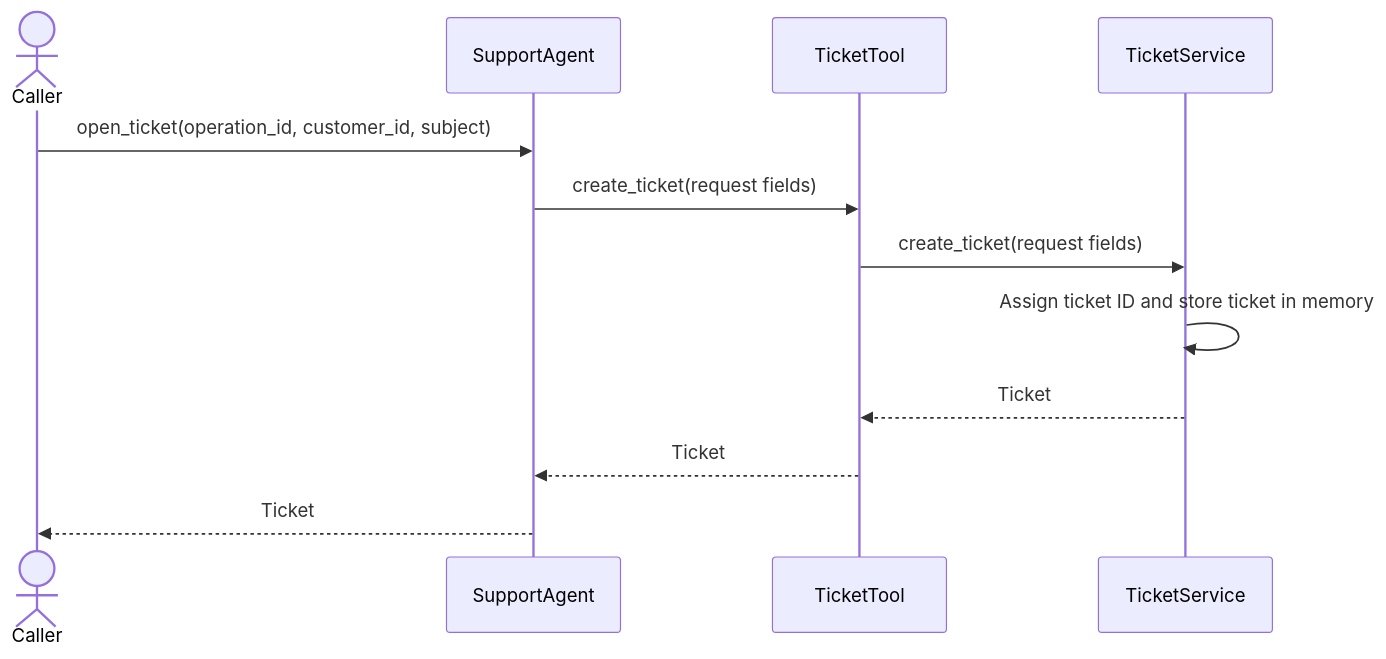
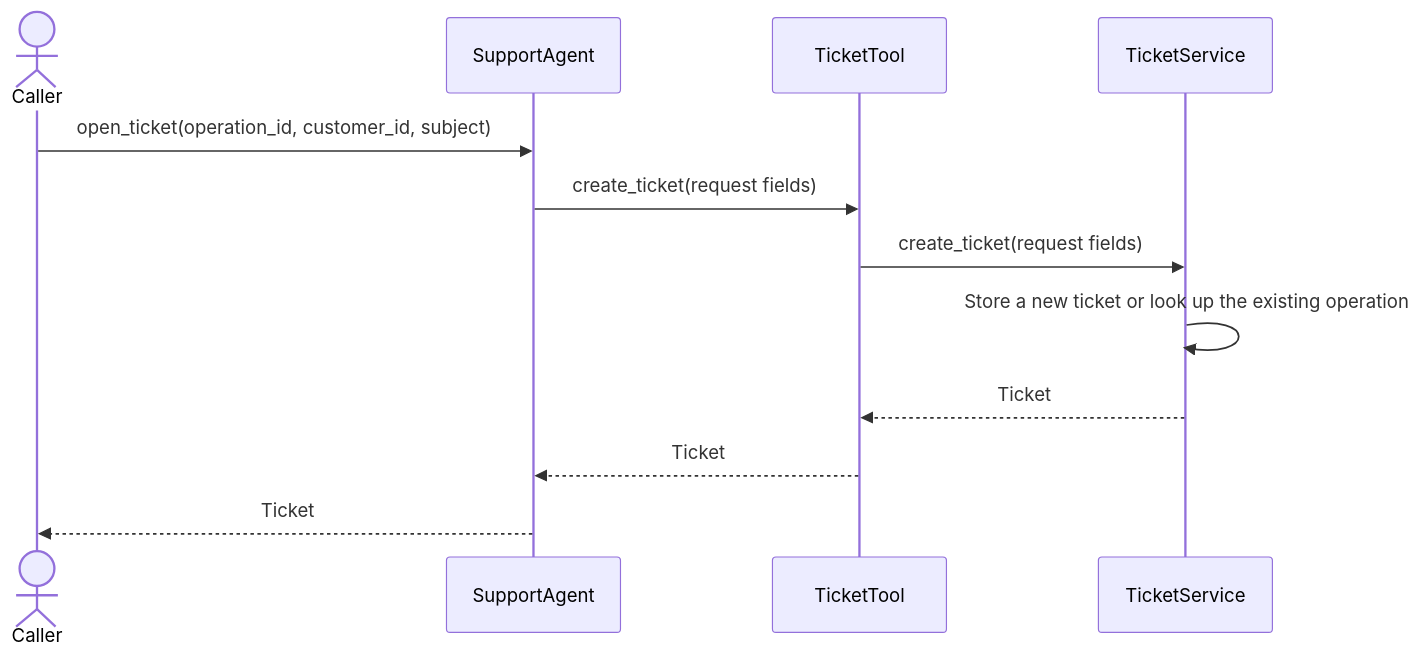
The diagram in README.md (sandijean90/agent-tool-reliability-lab), drawn with Mermaid before and after one commit. The commit also changed other lines of this file and 2 other files, not shown here.

Commit message:
Fix duplicate ticket creation on retry

````diff
--- a/README.md
+++ b/README.md
@@ -7,15 +7,15 @@
 ```mermaid
 sequenceDiagram
     actor Caller
     participant Agent as SupportAgent
     participant Tool as TicketTool
     participant Service as TicketService
 
     Caller->>Agent: open_ticket(operation_id, customer_id, subject)
     Agent->>Tool: create_ticket(request fields)
     Tool->>Service: create_ticket(request fields)
-    Service->>Service: Assign ticket ID and store ticket in memory
+    Service->>Service: Store a new ticket or look up the existing operation
     Service-->>Tool: Ticket
     Tool-->>Agent: Ticket
     Agent-->>Caller: Ticket
 ```
````
